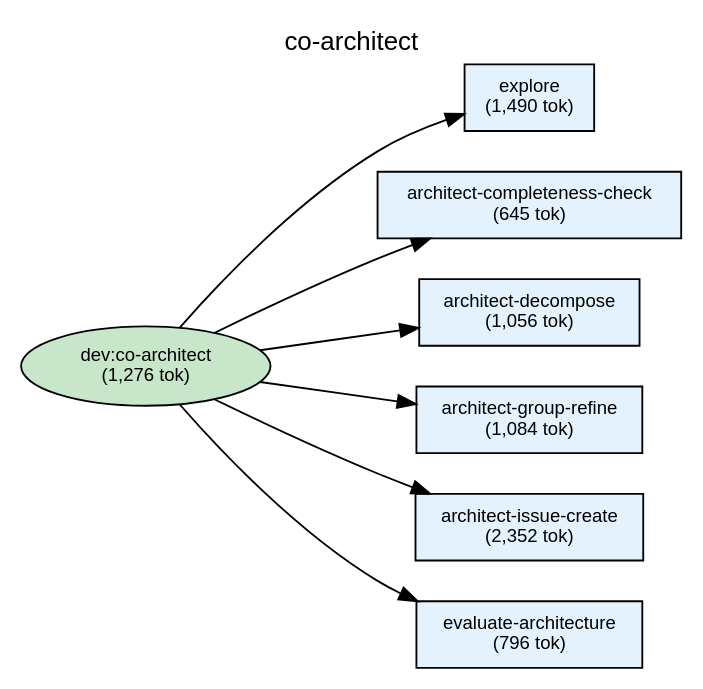
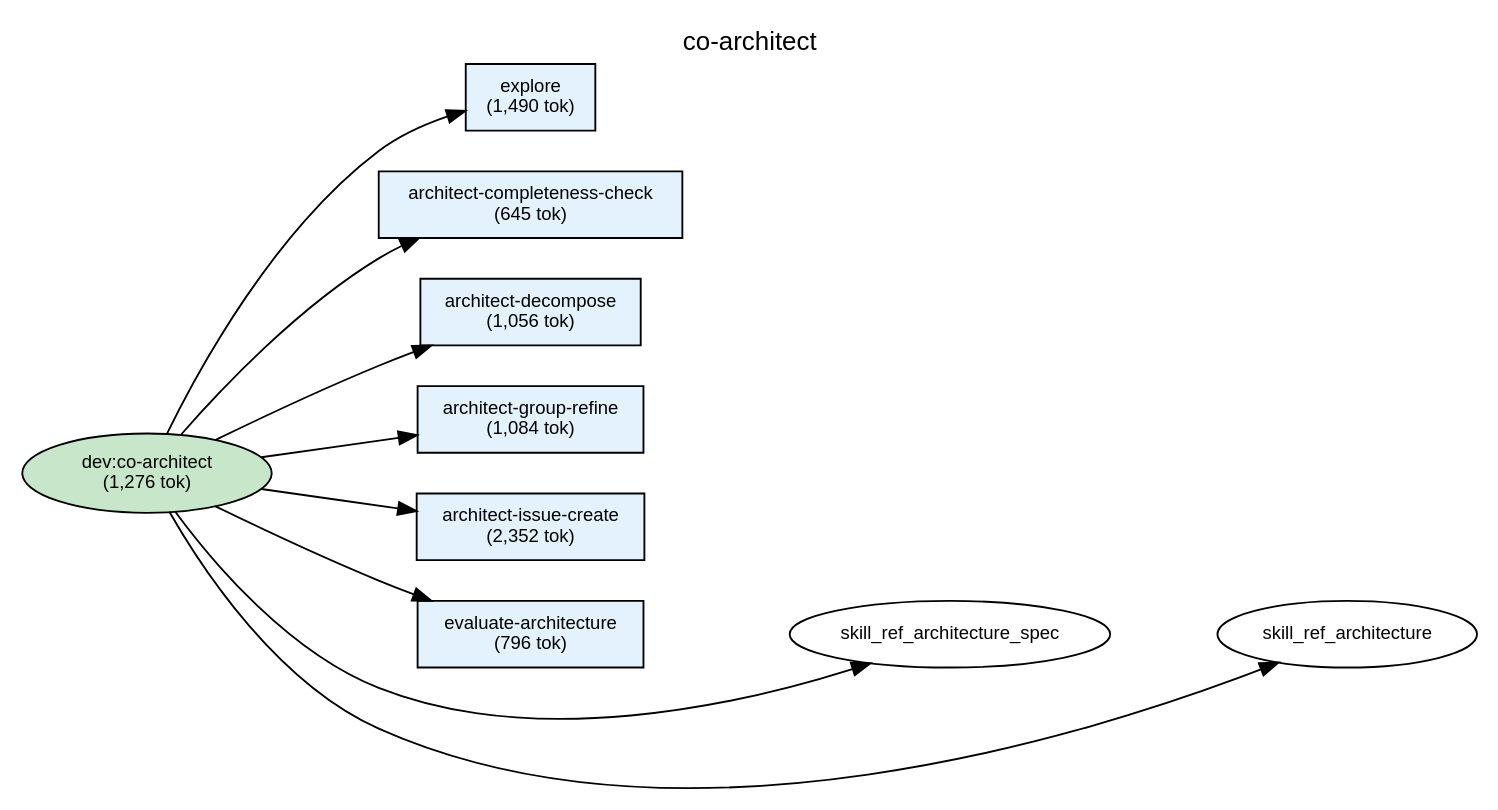
One commit to shuu5/twill changed the diagram in plugins/dev/docs/deps-co-architect.dot. Above: the diagram before and after it, drawn with Graphviz. The commit also changed 22 other files, not shown here.

```diff
--- a/plugins/dev/docs/deps-co-architect.dot
+++ b/plugins/dev/docs/deps-co-architect.dot
@@ -1,57 +1,61 @@
 digraph Dependencies {
     // Graph settings
     rankdir=LR;
     ranksep=0.8;
     nodesep=0.3;
     fontname="Helvetica";
     node [fontname="Helvetica", fontsize=10];
     edge [fontname="Helvetica", fontsize=9];
     label="co-architect";
     labelloc=t;
     fontsize=14;
 
     // L0: Controller Skills
     skill_co_architect [label="dev:co-architect\n(1,276 tok)", shape=ellipse, style=filled, fillcolor="#c8e6c9"];
 
     // L0: Launchers
 
     // L0.5: Workflow Skills
 
     // Reference Skills
 
     // L1: Direct Commands
     cmd_architect_completeness_check [label="architect-completeness-check\n(645 tok)", shape=box, style=filled, fillcolor="#e3f2fd"];
     cmd_architect_decompose [label="architect-decompose\n(1,056 tok)", shape=box, style=filled, fillcolor="#e3f2fd"];
     cmd_architect_group_refine [label="architect-group-refine\n(1,084 tok)", shape=box, style=filled, fillcolor="#e3f2fd"];
     cmd_architect_issue_create [label="architect-issue-create\n(2,352 tok)", shape=box, style=filled, fillcolor="#e3f2fd"];
     cmd_evaluate_architecture [label="evaluate-architecture\n(796 tok)", shape=box, style=filled, fillcolor="#e3f2fd"];
     cmd_explore [label="explore\n(1,490 tok)", shape=box, style=filled, fillcolor="#e3f2fd"];
 
     // L2: Sub Commands
 
     // L3: Agents
 
     // L3.5: Scripts
 
     // L4: External
 
     // Layer constraints
     { rank=same; skill_co_architect; }
     { rank=same; cmd_architect_completeness_check; cmd_architect_decompose; cmd_architect_group_refine; cmd_architect_issue_create; cmd_evaluate_architecture; cmd_explore; }
 
     // Edges
     skill_co_architect -> cmd_explore;
     skill_co_architect -> cmd_architect_completeness_check;
     skill_co_architect -> cmd_architect_decompose;
     skill_co_architect -> cmd_architect_group_refine;
     skill_co_architect -> cmd_architect_issue_create;
     skill_co_architect -> cmd_evaluate_architecture;
+    skill_co_architect -> skill_ref_architecture_spec;
+    skill_co_architect -> skill_ref_architecture;
 
     // Ordering constraints (invisible edges)
     cmd_explore -> cmd_architect_completeness_check [style=invis, weight=10];
     cmd_architect_completeness_check -> cmd_architect_decompose [style=invis, weight=10];
     cmd_architect_decompose -> cmd_architect_group_refine [style=invis, weight=10];
     cmd_architect_group_refine -> cmd_architect_issue_create [style=invis, weight=10];
     cmd_architect_issue_create -> cmd_evaluate_architecture [style=invis, weight=10];
+    cmd_evaluate_architecture -> skill_ref_architecture_spec [style=invis, weight=10];
+    skill_ref_architecture_spec -> skill_ref_architecture [style=invis, weight=10];
 
 }
```
